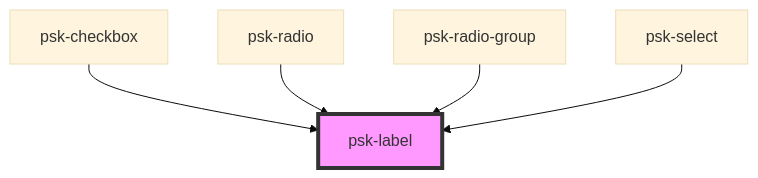
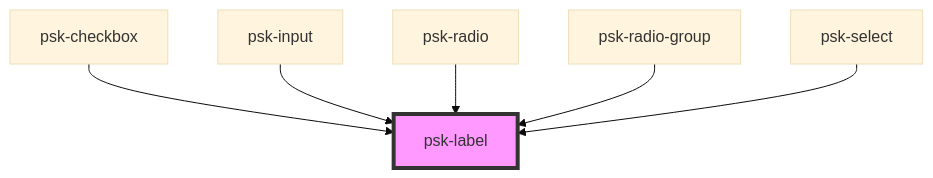
The diagram in src/components/psk-label/readme.md (daniel-visoiu/cardinal), drawn with Mermaid (base theme) before and after one commit. The commit also changed other lines of this file and 9 other files, not shown here.

````diff
--- a/src/components/psk-label/readme.md
+++ b/src/components/psk-label/readme.md
@@ -26,8 +27,9 @@
 ```mermaid
 graph TD;
   psk-checkbox --> psk-label
+  psk-input --> psk-label
   psk-radio --> psk-label
   psk-radio-group --> psk-label
   psk-select --> psk-label
   style psk-label fill:#f9f,stroke:#333,stroke-width:4px
 ```
````
